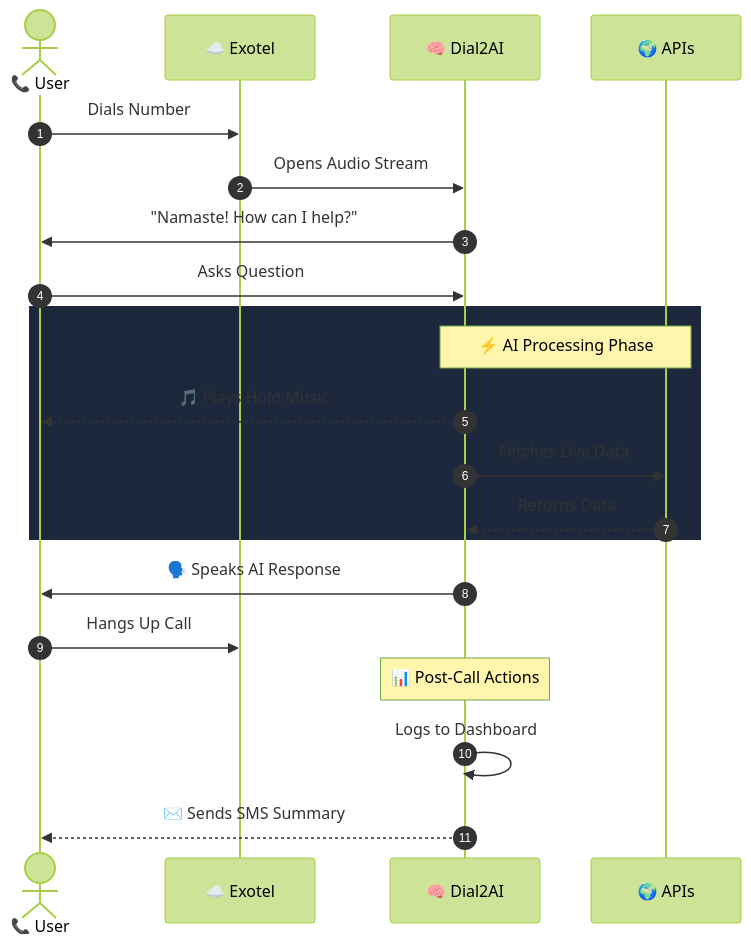
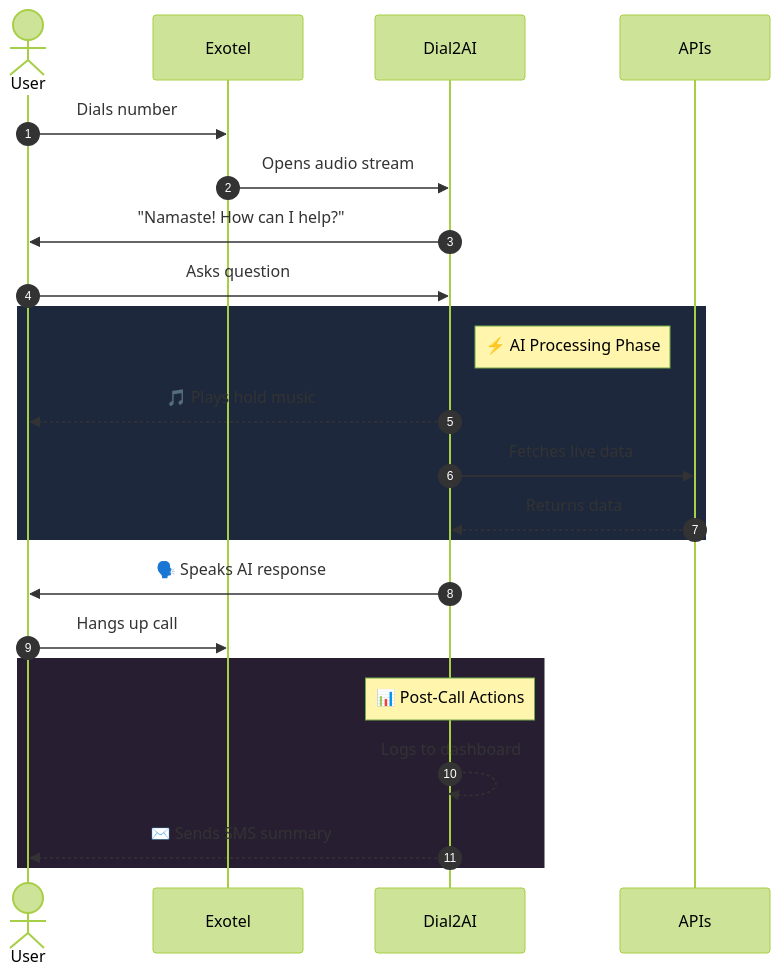
The first of 2 diagrams in Readme.md (sagarhundia2-ops/demo), drawn with Mermaid (forest theme) before and after one commit. The commit also changed other lines of this file, not shown here.

Commit message:
docs: 🎨 Redesigned flowchart to perfectly match the provided visual style, prevent text overlap, and add a legend

````diff
--- a/Readme.md
+++ b/Readme.md
@@ -84,28 +84,30 @@
 ```mermaid
 sequenceDiagram
     autonumber
-    actor User as 📞 User
-    participant Telecom as ☁️ Exotel
-    participant Backend as 🧠 Dial2AI
-    participant API as 🌍 APIs
+    actor User
+    participant Exotel
+    participant Dial2AI
+    participant APIs
 
-    User->>Telecom: Dials Number
-    Telecom->>Backend: Opens Audio Stream
-    Backend->>User: "Namaste! How can I help?"
+    User->>Exotel: Dials number
+    Exotel->>Dial2AI: Opens audio stream
+    Dial2AI->>User: "Namaste! How can I help?"
     
-    User->>Backend: Asks Question
+    User->>Dial2AI: Asks question
     
     rect rgb(30, 40, 60)
-    Note over Backend,API: ⚡ AI Processing Phase
-    Backend-->>User: 🎵 Plays Hold Music
-    Backend->>API: Fetches Live Data
-    API-->>Backend: Returns Data
+    Note right of Dial2AI: ⚡ AI Processing Phase
+    Dial2AI-->>User: 🎵 Plays hold music
+    Dial2AI->>APIs: Fetches live data
+    APIs-->>Dial2AI: Returns data
     end
 
-    Backend->>User: 🗣️ Speaks AI Response
-    User->>Telecom: Hangs Up Call
+    Dial2AI->>User: 🗣️ Speaks AI response
+    User->>Exotel: Hangs up call
     
-    Note over Backend: 📊 Post-Call Actions
-    Backend->>Backend: Logs to Dashboard
-    Backend-->>User: ✉️ Sends SMS Summary
+    rect rgb(40, 30, 50)
+    Note over Dial2AI: 📊 Post-Call Actions
+    Dial2AI-->>Dial2AI: Logs to dashboard
+    Dial2AI-->>User: ✉️ Sends SMS summary
+    end
 ```
````
